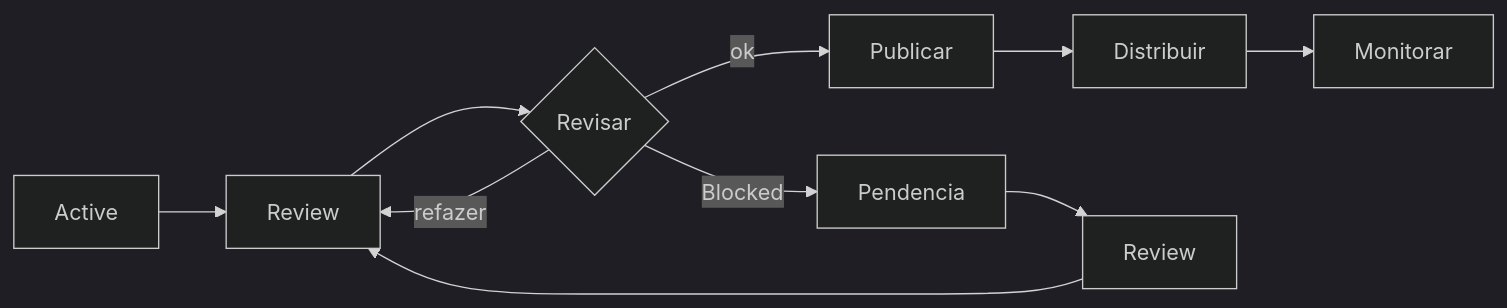
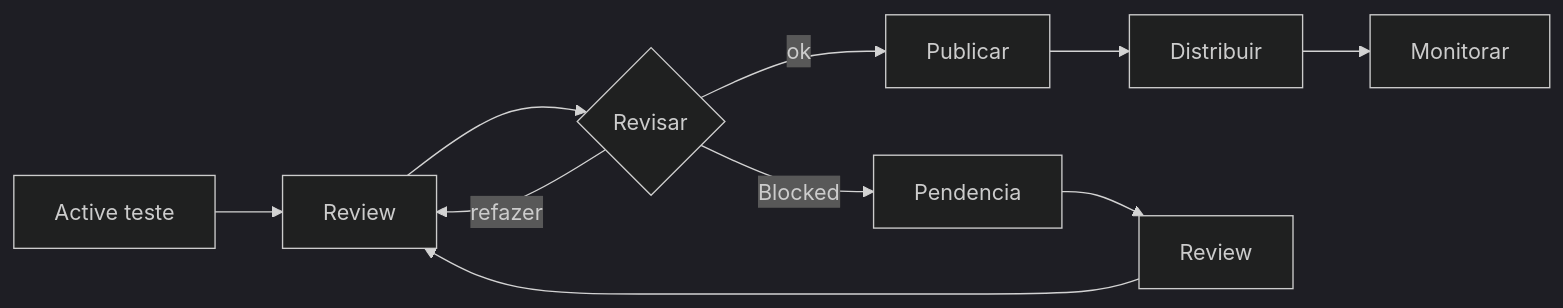
One commit to nonlinear/nonlinear.github.io changed the diagram in content/test-slide.md. Above: the diagram before and after it, drawn with Mermaid (dark theme). The commit also changed 4 other files, not shown here.

Commit message:
slides: refine mermaid labels and controls

````diff
--- a/content/test-slide.md
+++ b/content/test-slide.md
@@ -16,12 +16,12 @@
 ```mermaid
 flowchart LR
-  A[Active]:::active --> B[Review]:::review
+  A[Active teste]:::active --> B[Review]:::review
   B --> C{Revisar}:::review
   C -->|ok| D[Publicar]:::done
   C -->|refazer| B
   D --> E[Distribuir]:::done
   E --> F[Monitorar]:::done
   C -->|Blocked| G[Pendencia]:::blocked
   G --> H[Review]:::review
   H --> B
 ```
````
